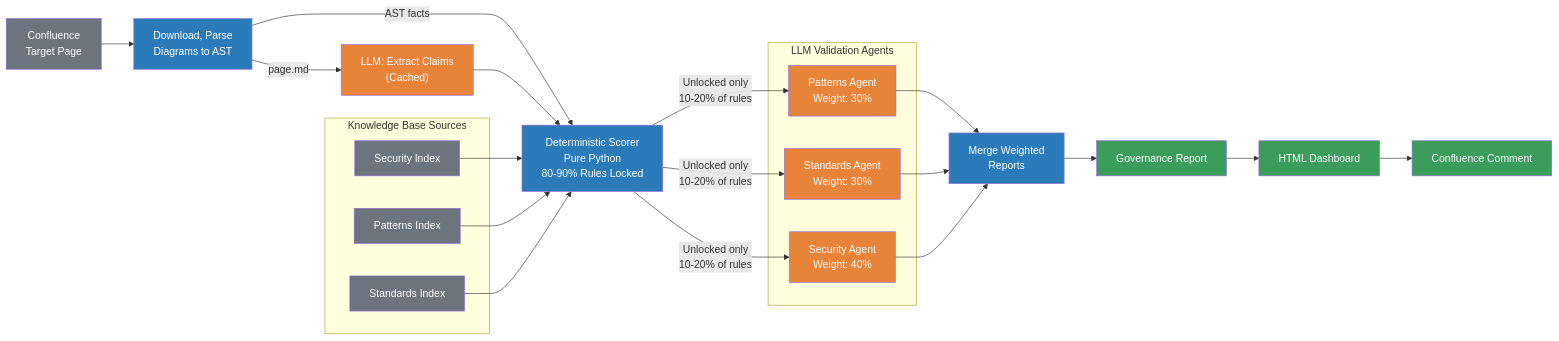
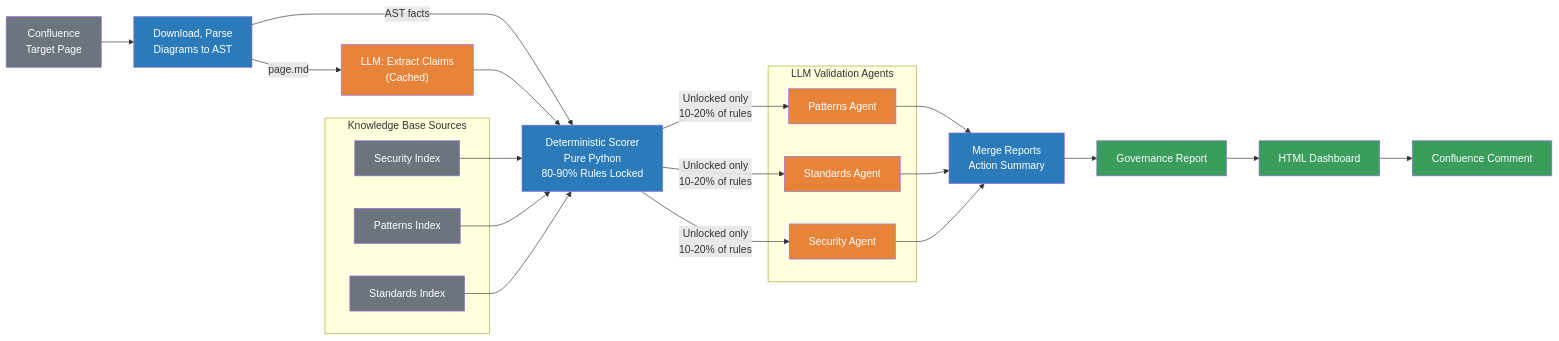
One commit to byrash/architecture-governance changed the diagram in slides/slide2-validation.mmd. Above: the diagram before and after it, drawn with Mermaid. The commit also changed 33 other files, not shown here.

```diff
--- a/slides/slide2-validation.mmd
+++ b/slides/slide2-validation.mmd
@@ -1,40 +1,40 @@
 flowchart LR
     classDef input fill:#6c757d,color:#fff
     classDef det fill:#2b7bba,color:#fff
     classDef llm fill:#e8833a,color:#fff
     classDef output fill:#3a9d5c,color:#fff
 
     TARGET["Confluence<br/>Target Page"]:::input
 
     DL["Download, Parse<br/>Diagrams to AST"]:::det
 
     subgraph kb [Knowledge Base Sources]
         SEC_KB["Security Index"]:::input
         PAT_KB["Patterns Index"]:::input
         STD_KB["Standards Index"]:::input
     end
 
     CLAIMS["LLM: Extract Claims<br/>(Cached)"]:::llm
 
     SCORER["Deterministic Scorer<br/>Pure Python<br/>80-90% Rules Locked"]:::det
 
     subgraph agents [LLM Validation Agents]
-        PAT["Patterns Agent<br/>Weight: 30%"]:::llm
-        STD["Standards Agent<br/>Weight: 30%"]:::llm
-        SEC["Security Agent<br/>Weight: 40%"]:::llm
+        PAT["Patterns Agent"]:::llm
+        STD["Standards Agent"]:::llm
+        SEC["Security Agent"]:::llm
     end
 
-    MERGE["Merge Weighted<br/>Reports"]:::det
+    MERGE["Merge Reports<br/>Action Summary"]:::det
 
     REPORT["Governance Report"]:::output
     HTML["HTML Dashboard"]:::output
     CONFPOST["Confluence Comment"]:::output
 
     TARGET --> DL
     DL -->|"page.md"| CLAIMS
     DL -->|"AST facts"| SCORER
     CLAIMS --> SCORER
     SEC_KB & PAT_KB & STD_KB --> SCORER
     SCORER -->|"Unlocked only<br/>10-20% of rules"| PAT & STD & SEC
     PAT & STD & SEC --> MERGE
     MERGE --> REPORT --> HTML --> CONFPOST
```
